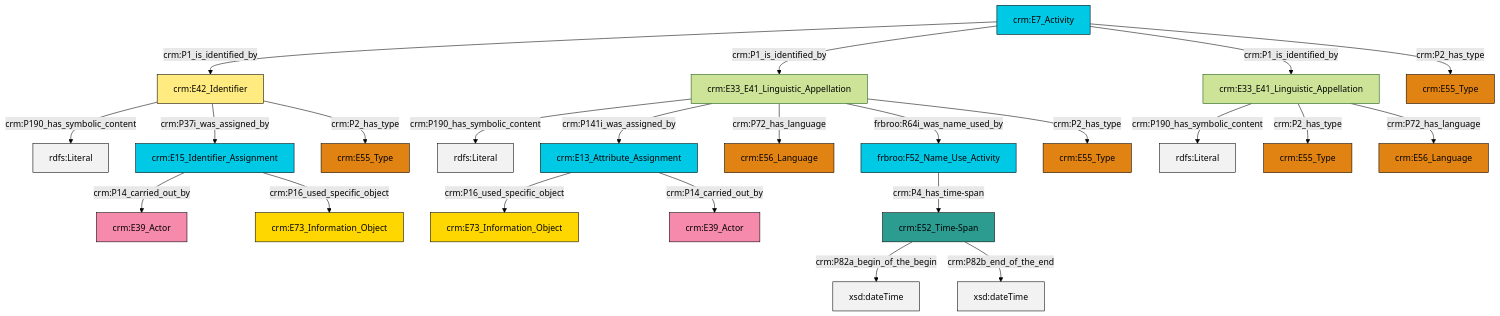
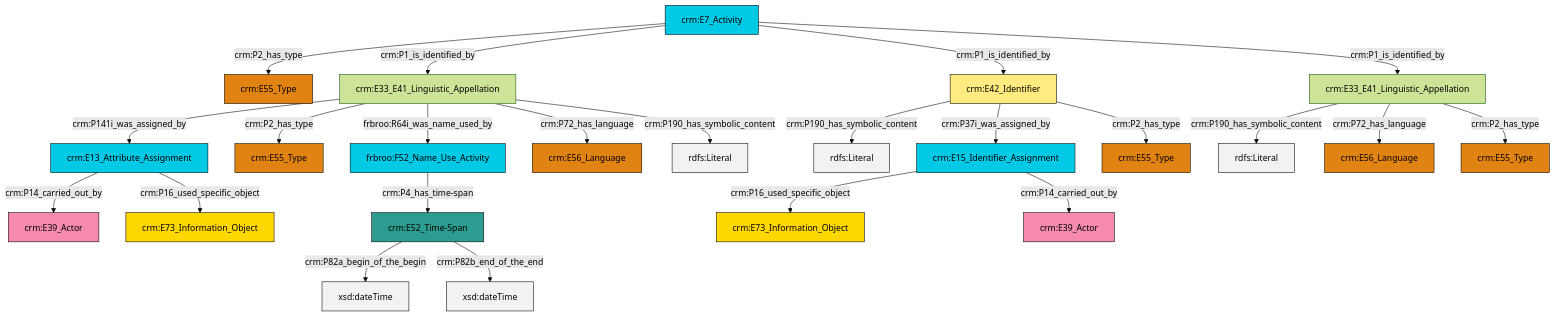
Before and after one commit to swiss-art-research-net/reference-data-models: the diagram in et/eventCSV/ttl/mmd/event_name.ttl.mmd, drawn with Mermaid (forest theme). The commit also changed 127 other files, not shown here.

```diff
--- a/et/eventCSV/ttl/mmd/event_name.ttl.mmd
+++ b/et/eventCSV/ttl/mmd/event_name.ttl.mmd
@@ -1,37 +1,37 @@
 graph TD
 classDef Literal fill:#f2f2f2,stroke:#000000;
 classDef CRM_Entity fill:#FFFFFF,stroke:#000000;
 classDef Temporal_Entity fill:#00C9E6, stroke:#000000;
 classDef Type fill:#E18312, stroke:#000000;
 classDef Time-Span fill:#2C9C91, stroke:#000000;
 classDef Appellation fill:#FFEB7F, stroke:#000000;
 classDef Place fill:#008836, stroke:#000000;
 classDef Persistent_Item fill:#B266B2, stroke:#000000;
 classDef Conceptual_Object fill:#FFD700, stroke:#000000;
 classDef Physical_Thing fill:#D2B48C, stroke:#000000;
 classDef Actor fill:#f58aad, stroke:#000000;
 classDef PC_Classes fill:#4ce600, stroke:#000000;
 classDef Multi fill:#cccccc,stroke:#000000;
 
-2["crm:E7_Activity"]:::Temporal_Entity -->|crm:P1_is_identified_by| 3["crm:E42_Identifier"]:::Appellation
+0["frbroo:F52_Name_Use_Activity"]:::Temporal_Entity -->|crm:P4_has_time-span| 1["crm:E52_Time-Span"]:::Time-Span
 6["crm:E33_E41_Linguistic_Appellation"]:::Default -->|crm:P190_has_symbolic_content| 7[rdfs:Literal]:::Literal
-8["crm:E15_Identifier_Assignment"]:::Temporal_Entity -->|crm:P14_carried_out_by| 4["crm:E39_Actor"]:::Actor
-6["crm:E33_E41_Linguistic_Appellation"]:::Default -->|crm:P141i_was_assigned_by| 9["crm:E13_Attribute_Assignment"]:::Temporal_Entity
-8["crm:E15_Identifier_Assignment"]:::Temporal_Entity -->|crm:P16_used_specific_object| 12["crm:E73_Information_Object"]:::Conceptual_Object
-15["crm:E33_E41_Linguistic_Appellation"]:::Default -->|crm:P190_has_symbolic_content| 16[rdfs:Literal]:::Literal
-6["crm:E33_E41_Linguistic_Appellation"]:::Default -->|crm:P72_has_language| 17["crm:E56_Language"]:::Type
-3["crm:E42_Identifier"]:::Appellation -->|crm:P190_has_symbolic_content| 18[rdfs:Literal]:::Literal
-15["crm:E33_E41_Linguistic_Appellation"]:::Default -->|crm:P2_has_type| 19["crm:E55_Type"]:::Type
-9["crm:E13_Attribute_Assignment"]:::Temporal_Entity -->|crm:P16_used_specific_object| 0["crm:E73_Information_Object"]:::Conceptual_Object
-15["crm:E33_E41_Linguistic_Appellation"]:::Default -->|crm:P72_has_language| 23["crm:E56_Language"]:::Type
-3["crm:E42_Identifier"]:::Appellation -->|crm:P37i_was_assigned_by| 8["crm:E15_Identifier_Assignment"]:::Temporal_Entity
-6["crm:E33_E41_Linguistic_Appellation"]:::Default -->|frbroo:R64i_was_name_used_by| 28["frbroo:F52_Name_Use_Activity"]:::Temporal_Entity
-2["crm:E7_Activity"]:::Temporal_Entity -->|crm:P1_is_identified_by| 6["crm:E33_E41_Linguistic_Appellation"]:::Default
-9["crm:E13_Attribute_Assignment"]:::Temporal_Entity -->|crm:P14_carried_out_by| 13["crm:E39_Actor"]:::Actor
-28["frbroo:F52_Name_Use_Activity"]:::Temporal_Entity -->|crm:P4_has_time-span| 31["crm:E52_Time-Span"]:::Time-Span
-6["crm:E33_E41_Linguistic_Appellation"]:::Default -->|crm:P2_has_type| 20["crm:E55_Type"]:::Type
-2["crm:E7_Activity"]:::Temporal_Entity -->|crm:P1_is_identified_by| 15["crm:E33_E41_Linguistic_Appellation"]:::Default
-31["crm:E52_Time-Span"]:::Time-Span -->|crm:P82a_begin_of_the_begin| 37[xsd:dateTime]:::Literal
-31["crm:E52_Time-Span"]:::Time-Span -->|crm:P82b_end_of_the_end| 38[xsd:dateTime]:::Literal
-3["crm:E42_Identifier"]:::Appellation -->|crm:P2_has_type| 24["crm:E55_Type"]:::Type
-2["crm:E7_Activity"]:::Temporal_Entity -->|crm:P2_has_type| 10["crm:E55_Type"]:::Type
+11["crm:E7_Activity"]:::Temporal_Entity -->|crm:P2_has_type| 12["crm:E55_Type"]:::Type
+13["crm:E33_E41_Linguistic_Appellation"]:::Default -->|crm:P141i_was_assigned_by| 14["crm:E13_Attribute_Assignment"]:::Temporal_Entity
+13["crm:E33_E41_Linguistic_Appellation"]:::Default -->|crm:P2_has_type| 8["crm:E55_Type"]:::Type
+19["crm:E42_Identifier"]:::Appellation -->|crm:P190_has_symbolic_content| 20[rdfs:Literal]:::Literal
+14["crm:E13_Attribute_Assignment"]:::Temporal_Entity -->|crm:P14_carried_out_by| 21["crm:E39_Actor"]:::Actor
+14["crm:E13_Attribute_Assignment"]:::Temporal_Entity -->|crm:P16_used_specific_object| 15["crm:E73_Information_Object"]:::Conceptual_Object
+13["crm:E33_E41_Linguistic_Appellation"]:::Default -->|frbroo:R64i_was_name_used_by| 0["frbroo:F52_Name_Use_Activity"]:::Temporal_Entity
+11["crm:E7_Activity"]:::Temporal_Entity -->|crm:P1_is_identified_by| 13["crm:E33_E41_Linguistic_Appellation"]:::Default
+19["crm:E42_Identifier"]:::Appellation -->|crm:P37i_was_assigned_by| 27["crm:E15_Identifier_Assignment"]:::Temporal_Entity
+27["crm:E15_Identifier_Assignment"]:::Temporal_Entity -->|crm:P16_used_specific_object| 4["crm:E73_Information_Object"]:::Conceptual_Object
+11["crm:E7_Activity"]:::Temporal_Entity -->|crm:P1_is_identified_by| 19["crm:E42_Identifier"]:::Appellation
+6["crm:E33_E41_Linguistic_Appellation"]:::Default -->|crm:P72_has_language| 2["crm:E56_Language"]:::Type
+27["crm:E15_Identifier_Assignment"]:::Temporal_Entity -->|crm:P14_carried_out_by| 28["crm:E39_Actor"]:::Actor
+6["crm:E33_E41_Linguistic_Appellation"]:::Default -->|crm:P2_has_type| 17["crm:E55_Type"]:::Type
+1["crm:E52_Time-Span"]:::Time-Span -->|crm:P82a_begin_of_the_begin| 30[xsd:dateTime]:::Literal
+13["crm:E33_E41_Linguistic_Appellation"]:::Default -->|crm:P72_has_language| 33["crm:E56_Language"]:::Type
+19["crm:E42_Identifier"]:::Appellation -->|crm:P2_has_type| 35["crm:E55_Type"]:::Type
+13["crm:E33_E41_Linguistic_Appellation"]:::Default -->|crm:P190_has_symbolic_content| 37[rdfs:Literal]:::Literal
+1["crm:E52_Time-Span"]:::Time-Span -->|crm:P82b_end_of_the_end| 38[xsd:dateTime]:::Literal
+11["crm:E7_Activity"]:::Temporal_Entity -->|crm:P1_is_identified_by| 6["crm:E33_E41_Linguistic_Appellation"]:::Default
```
